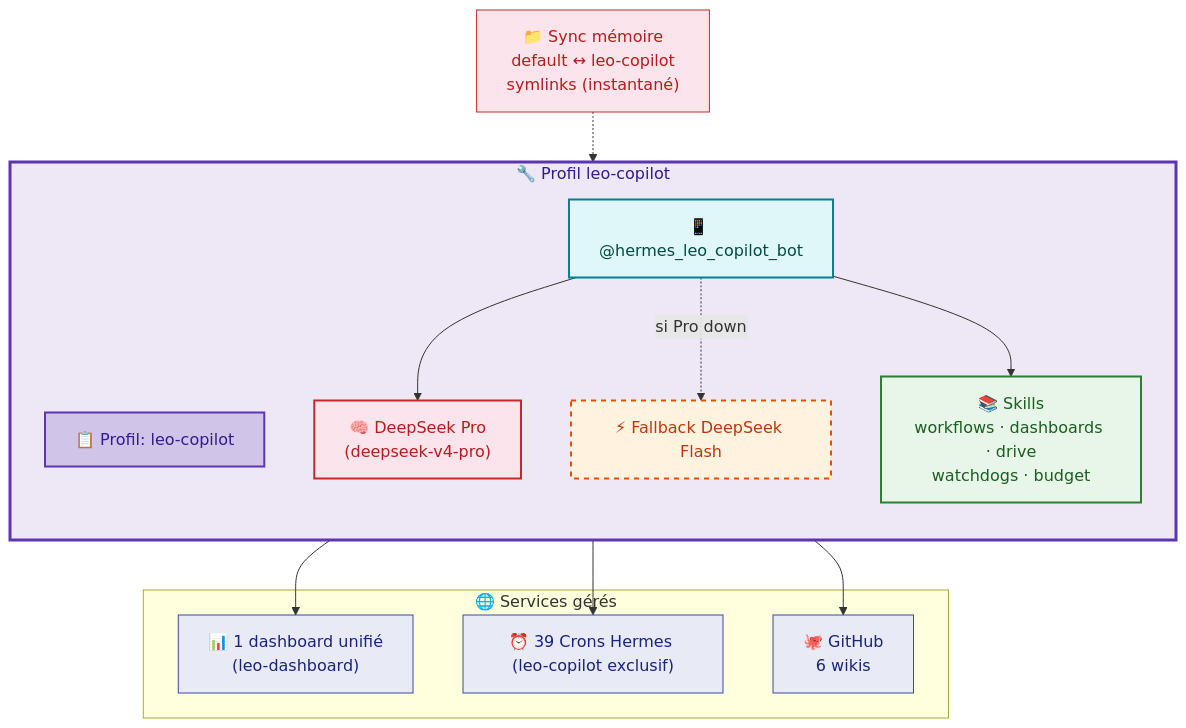
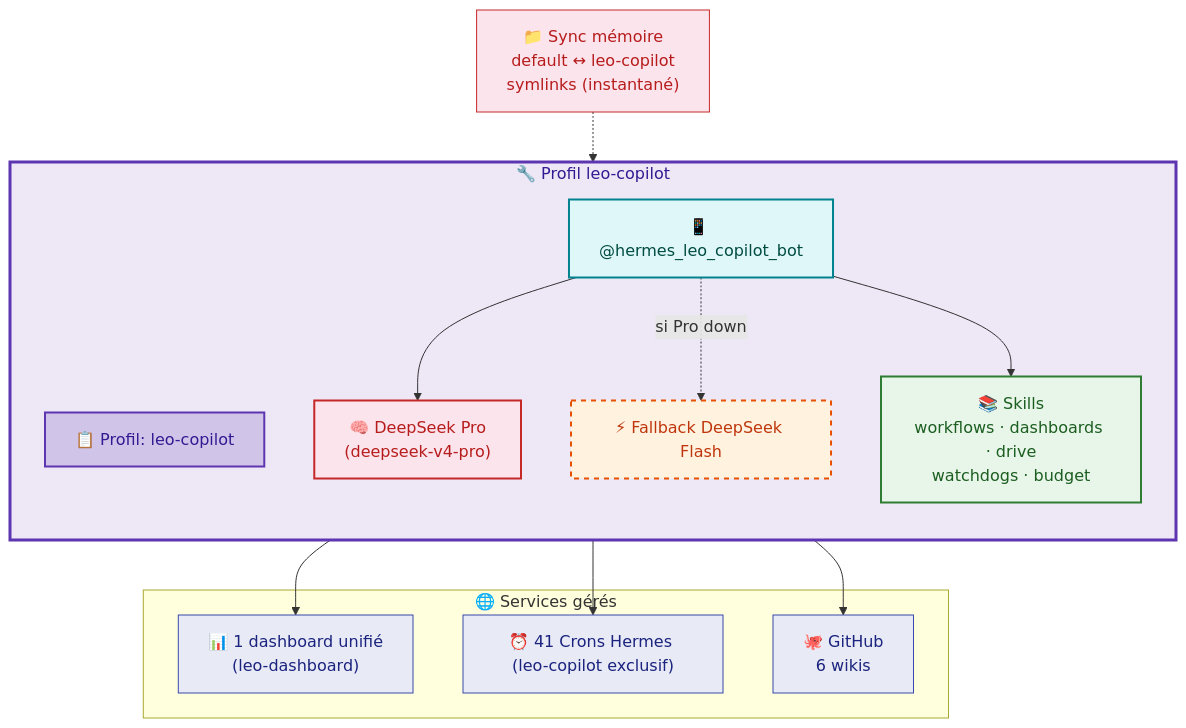
Before and after one commit to christophedanhier-hash/hermes-wiki: the third of 5 diagrams in docs/hermes/architecture-communication.md, drawn with Mermaid. The commit also changed other lines of this file and 55 other files, not shown here.

````diff
--- a/docs/hermes/architecture-communication.md
+++ b/docs/hermes/architecture-communication.md
@@ -135,39 +135,39 @@
 ```mermaid
 flowchart TB
     subgraph COPILOT["🔧 Profil leo-copilot"]
         direction TB
         P1["📋 Profil: leo-copilot"]
         B1["📱 @hermes_leo_copilot_bot"]
         M1["🧠 DeepSeek Pro<br/>(deepseek-v4-pro)"]
         F1["⚡ Fallback DeepSeek Flash"]
         SKILLS["📚 Skills<br/>workflows · dashboards · drive<br/>watchdogs · budget"]
     end
 
     subgraph EXTERNE["🌐 Services gérés"]
         DASH["📊 1 dashboard unifié<br/>(leo-dashboard)"]
-        CRONS["⏰ 39 Crons Hermes (leo-copilot exclusif)"]
+        CRONS["⏰ 41 Crons Hermes (leo-copilot exclusif)"]
         GH["🐙 GitHub<br/>6 wikis"]
     end
 
     MEM["📁 Sync mémoire<br/>default ↔ leo-copilot<br/>symlinks (instantané)"]
 
     B1 --> M1
     B1 -.->|"si Pro down"| F1
     B1 --> SKILLS
     MEM -.-> P1
 
     SKILLS --> DASH
     SKILLS --> CRONS
     SKILLS --> GH
 
     style COPILOT fill:#ede7f6,stroke:#5e35b1,stroke-width:3px,color:#311b92
     style P1 fill:#d1c4e9,stroke:#5e35b1,stroke-width:2px,color:#311b92
     style B1 fill:#e0f7fa,stroke:#00838f,stroke-width:2px,color:#004d40
     style M1 fill:#fce4ec,stroke:#c62828,stroke-width:2px,color:#b71c1c
     style F1 fill:#fff3e0,stroke:#e65100,stroke-width:2px,stroke-dasharray:5,color:#bf360c
     style SKILLS fill:#e8f5e9,stroke:#2e7d32,stroke-width:2px,color:#1b5e20
     style MEM fill:#fce4ec,stroke:#c62828,color:#b71c1c
     style DASH fill:#e8eaf6,stroke:#3949ab,color:#1a237e
     style CRONS fill:#e8eaf6,stroke:#3949ab,color:#1a237e
     style GH fill:#e8eaf6,stroke:#3949ab,color:#1a237e
 ```
````
